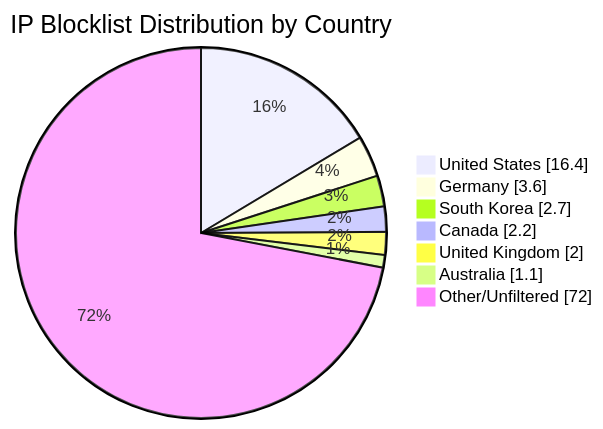
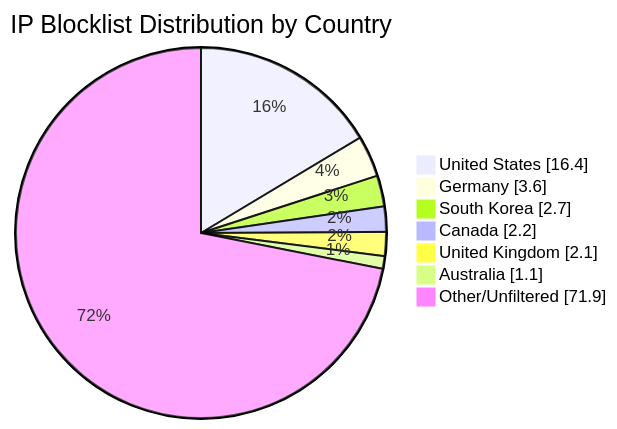
Before and after one commit to MarcusHoltz/ipblocklist-geofiltered-aggregator: the diagram in README.md, drawn with Mermaid. The commit also changed other lines of this file and 9 other files, not shown here.

````diff
--- a/README.md
+++ b/README.md
@@ -34,10 +34,10 @@
 ```mermaid
 pie showData title IP Blocklist Distribution by Country
 "United States" : 16.4
 "Germany" : 3.6
 "South Korea" : 2.7
 "Canada" : 2.2
-"United Kingdom" : 2.0
+"United Kingdom" : 2.1
 "Australia" : 1.1
-"Other/Unfiltered" : 72.0
+"Other/Unfiltered" : 71.9
 ```
````
